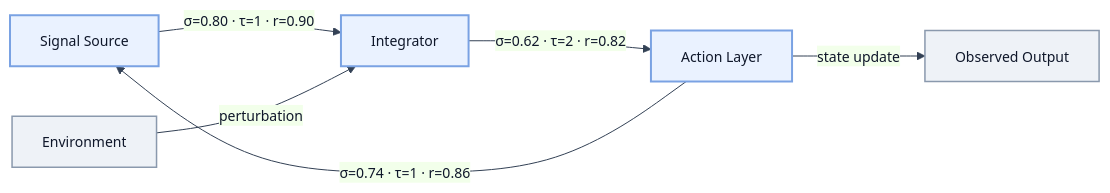
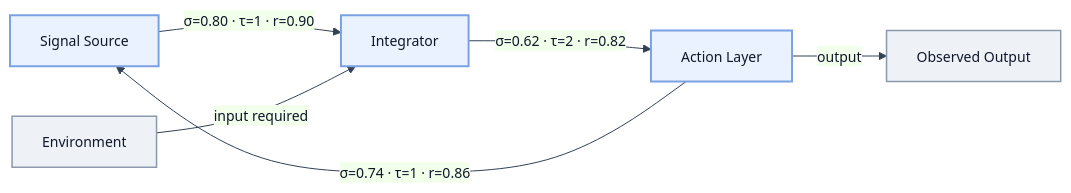
The first of 3 diagrams in docs/theory/01_5_causants.md (ianderrington/epiphysics), drawn with Mermaid before and after one commit. The commit also changed other lines of this file, not shown here.

````diff
--- a/docs/theory/01_5_causants.md
+++ b/docs/theory/01_5_causants.md
@@ -67,16 +186,16 @@
 ```mermaid
 %%{init: {'theme': 'base', 'themeVariables': { 'primaryColor': '#EAF2FF', 'primaryTextColor': '#0F172A', 'primaryBorderColor': '#7AA2E3', 'lineColor': '#334155', 'fontSize': '14px'}}}%%
 flowchart LR
   A[Signal Source] -->|σ=0.80 · τ=1 · r=0.90| B[Integrator]
   B -->|σ=0.62 · τ=2 · r=0.82| C[Action Layer]
   C -->|σ=0.74 · τ=1 · r=0.86| A
 
-  D[Environment] -->|perturbation| B
-  C -->|state update| E[Observed Output]
+  D[Environment] -->|input required| B
+  C -->|output| E[Observed Output]
 
   classDef core fill:#EAF2FF,stroke:#7AA2E3,stroke-width:2px,color:#0F172A;
   classDef ext fill:#EEF2F7,stroke:#8A99AD,stroke-width:1.5px,color:#0F172A;
 
   class A,B,C core;
   class D,E ext;
 ```
````
